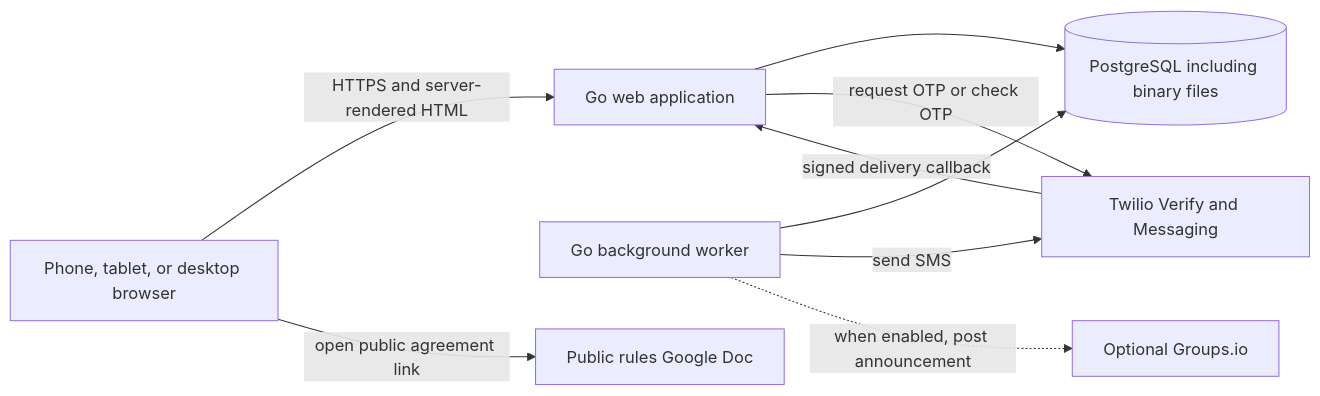
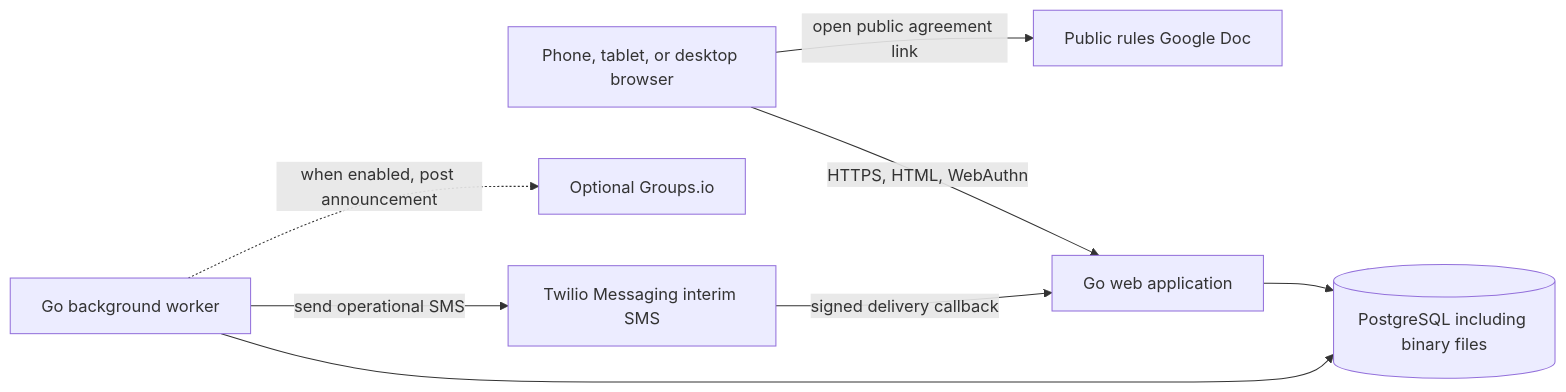
The first of 2 diagrams in docs/architecture.md (BennettSmith/T900TreeLot), drawn with Mermaid before and after one commit. The commit also changed other lines of this file and 23 other files, not shown here.

````diff
--- a/docs/architecture.md
+++ b/docs/architecture.md
@@ -69,19 +71,18 @@
 ```mermaid
 flowchart LR
     Browser[Phone, tablet, or desktop browser]
     Web[Go web application]
     Worker[Go background worker]
     DB[(PostgreSQL including binary files)]
-    Twilio[Twilio Verify and Messaging]
+    Twilio[Twilio Messaging interim SMS]
     Groups[Optional Groups.io]
     Google[Public rules Google Doc]
 
-    Browser -->|HTTPS and server-rendered HTML| Web
+    Browser -->|HTTPS, HTML, WebAuthn| Web
     Browser -->|open public agreement link| Google
     Web --> DB
-    Web -->|request OTP or check OTP| Twilio
     Worker --> DB
-    Worker -->|send SMS| Twilio
+    Worker -->|send operational SMS| Twilio
     Worker -.->|when enabled, post announcement| Groups
     Twilio -->|signed delivery callback| Web
 ```
````
